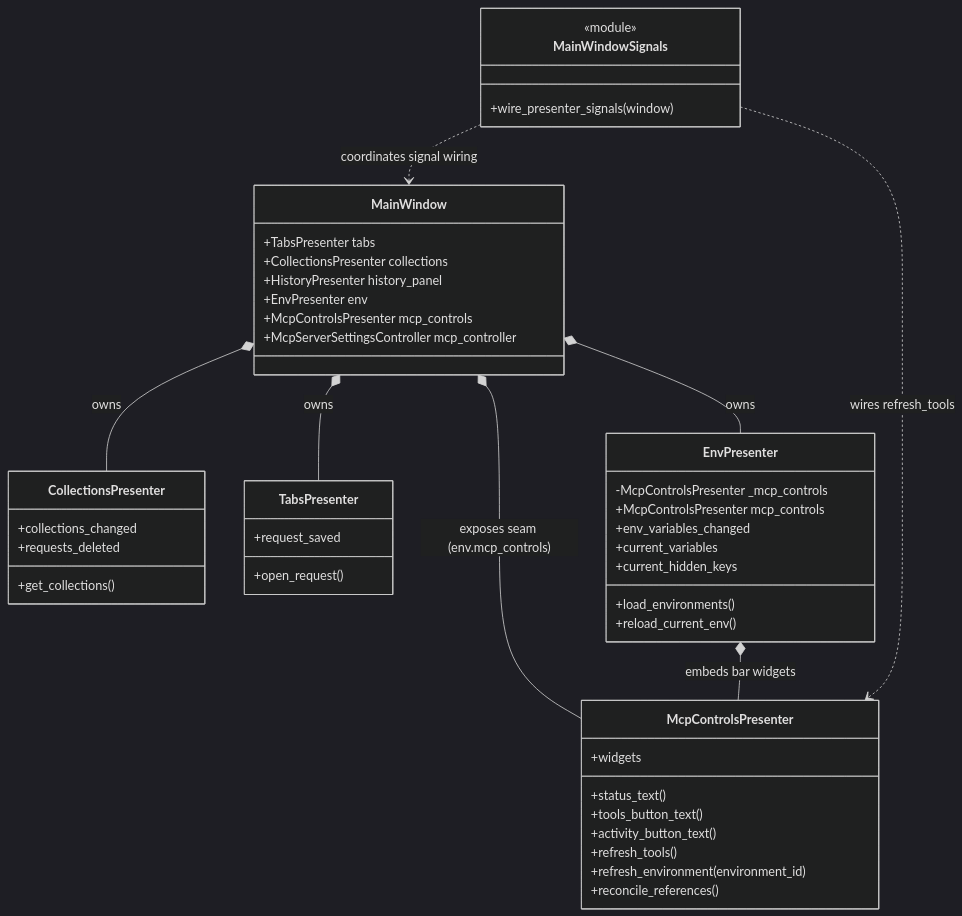
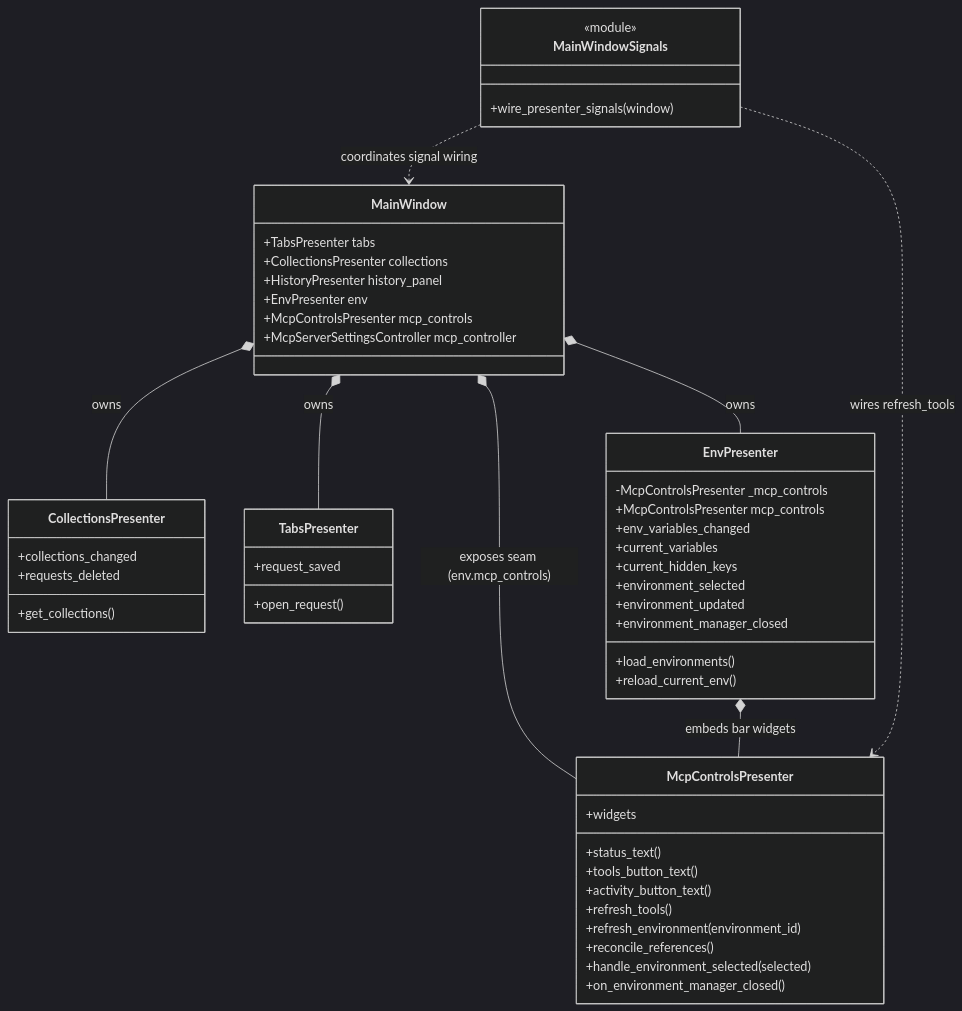
The first of 2 diagrams in doc/dev/presenter_architecture.md (koctep/pypost), drawn with Mermaid (dark theme) before and after one commit. The commit also changed other lines of this file and 16 other files, not shown here.

````diff
--- a/doc/dev/presenter_architecture.md
+++ b/doc/dev/presenter_architecture.md
@@ -20,55 +20,60 @@
 ```mermaid
 classDiagram
     class MainWindow {
         +TabsPresenter tabs
         +CollectionsPresenter collections
         +HistoryPresenter history_panel
         +EnvPresenter env
         +McpControlsPresenter mcp_controls
         +McpServerSettingsController mcp_controller
     }
 
     class CollectionsPresenter {
         +collections_changed
         +requests_deleted
         +get_collections()
     }
 
     class TabsPresenter {
         +request_saved
         +open_request()
     }
 
     class EnvPresenter {
         -McpControlsPresenter _mcp_controls
         +McpControlsPresenter mcp_controls
         +env_variables_changed
         +current_variables
         +current_hidden_keys
+        +environment_selected
+        +environment_updated
+        +environment_manager_closed
         +load_environments()
         +reload_current_env()
     }
 
     class McpControlsPresenter {
         +widgets
         +status_text()
         +tools_button_text()
         +activity_button_text()
         +refresh_tools()
         +refresh_environment(environment_id)
         +reconcile_references()
+        +handle_environment_selected(selected)
+        +on_environment_manager_closed()
     }
 
     class MainWindowSignals {
         <<module>>
         +wire_presenter_signals(window)
     }
 
     MainWindow *-- CollectionsPresenter : owns
     MainWindow *-- TabsPresenter : owns
     MainWindow *-- EnvPresenter : owns
     MainWindow *-- McpControlsPresenter : exposes seam (env.mcp_controls)
     EnvPresenter *-- McpControlsPresenter : embeds bar widgets
     MainWindowSignals ..> MainWindow : coordinates signal wiring
     MainWindowSignals ..> McpControlsPresenter : wires refresh_tools
 ```
````
